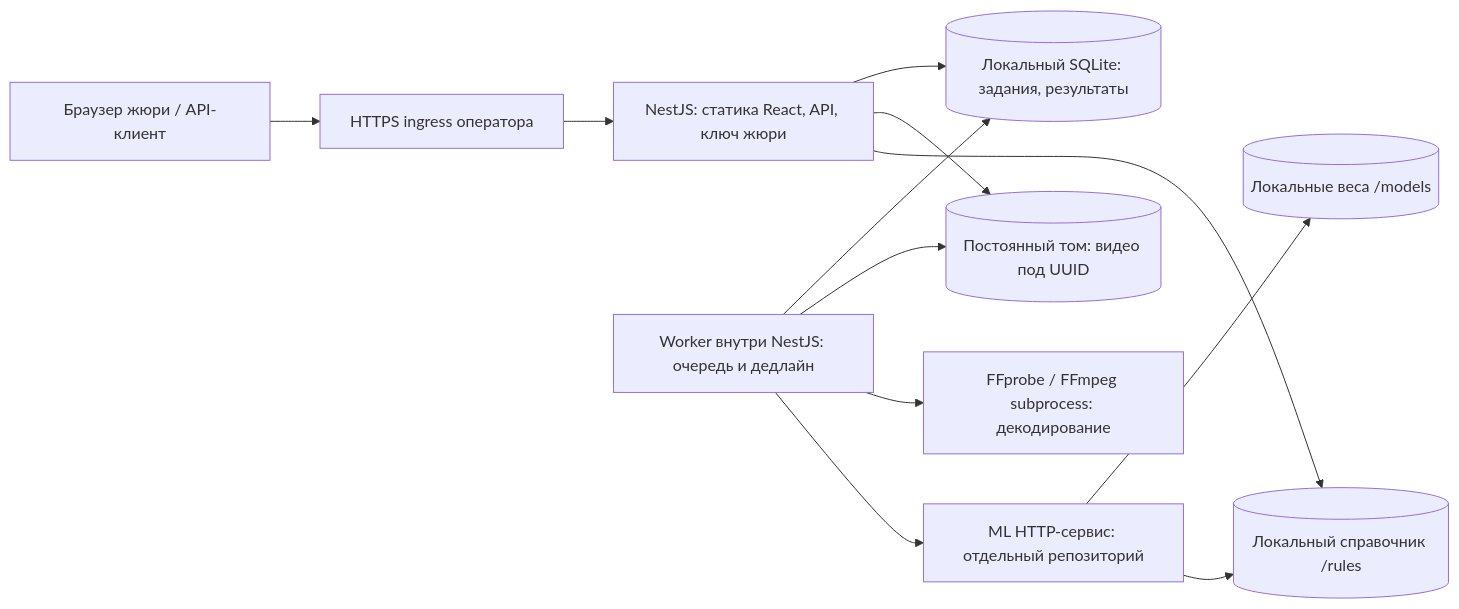
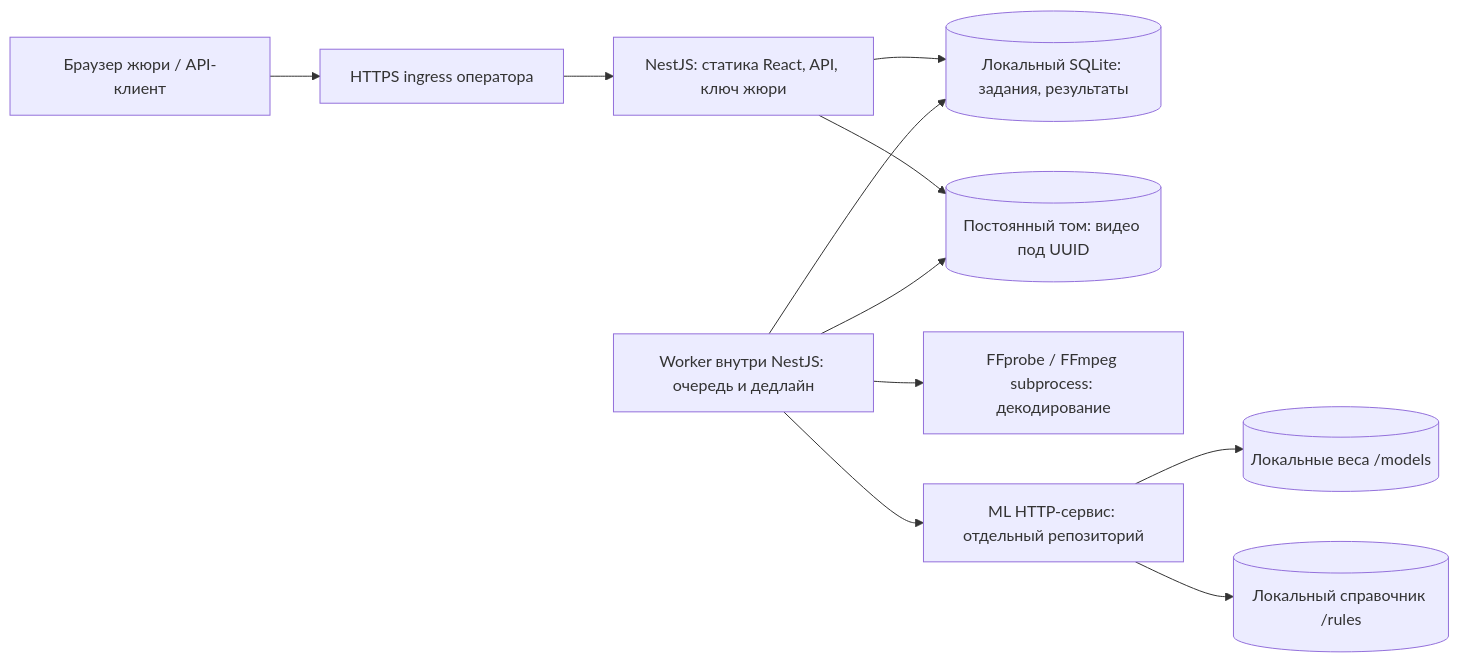
The diagram in docs/architecture.md (JASIK-hub/godo_fb), drawn with Mermaid before and after one commit. The commit also changed other lines of this file and 20 other files, not shown here.

````diff
--- a/docs/architecture.md
+++ b/docs/architecture.md
@@ -21,14 +21,13 @@
 ```mermaid
 flowchart LR
     J[Браузер жюри / API-клиент] --> TLS[HTTPS ingress оператора]
     TLS --> A[NestJS: статика React, API, ключ жюри]
     A --> S[(Локальный SQLite: задания, результаты)]
     A --> V[(Постоянный том: видео под UUID)]
     W[Worker внутри NestJS: очередь и дедлайн] --> S
     W --> V
     W --> F[FFprobe / FFmpeg subprocess: декодирование]
     W --> M[ML HTTP-сервис: отдельный репозиторий]
     M --> P[(Локальные веса /models)]
     M --> R[(Локальный справочник /rules)]
-    A --> R
 ```
````
